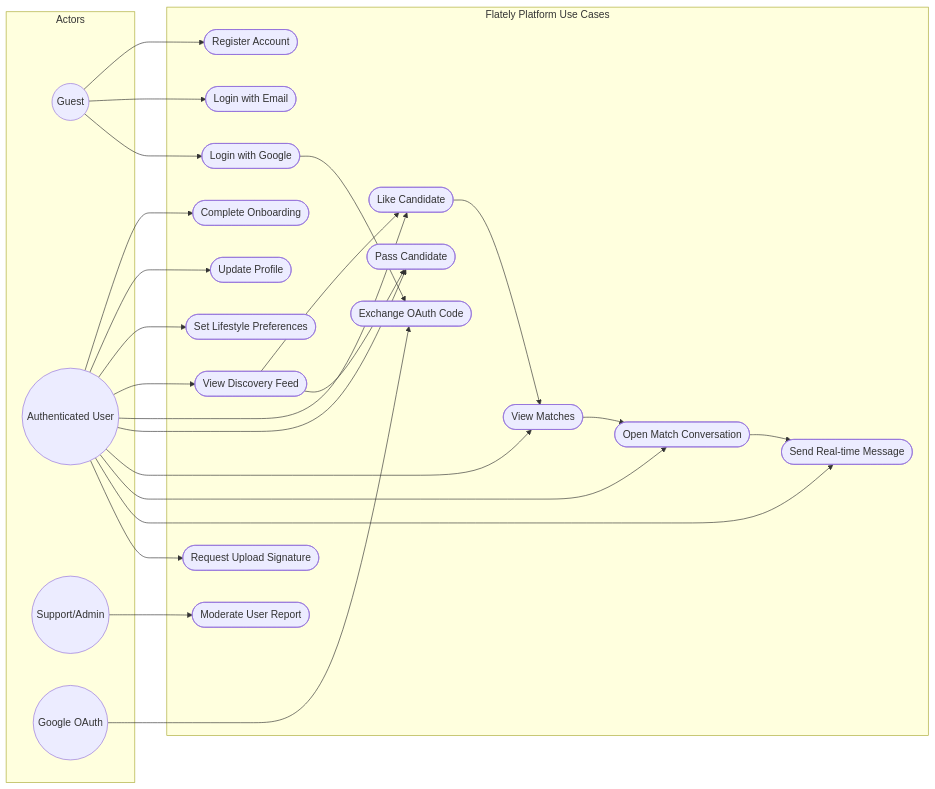
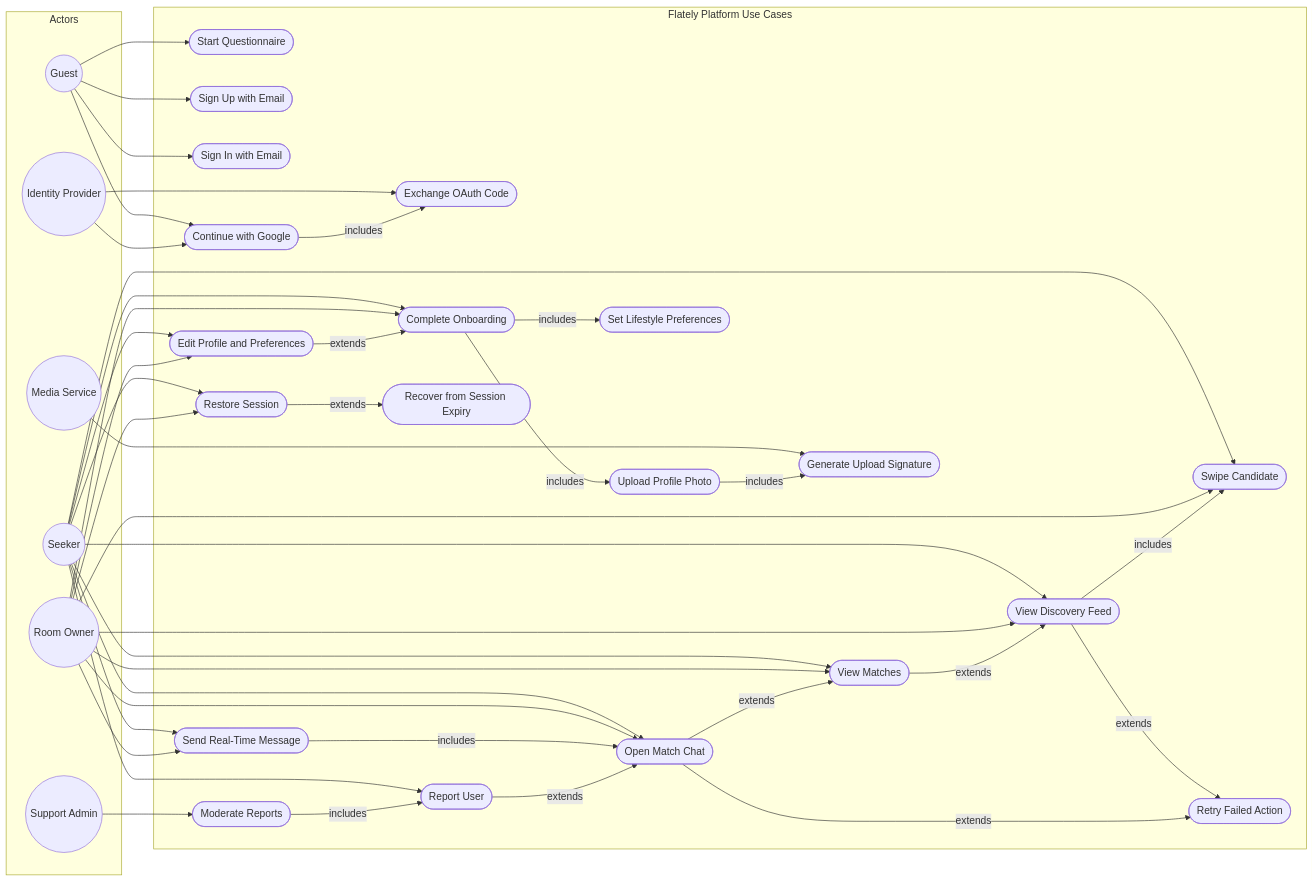
The diagram in diagrams/src/03-use-case-diagram.mmd (mitul-bhatia/Vibes), drawn with Mermaid before and after one commit. The commit also changed 7 other files, not shown here.

```diff
--- a/diagrams/src/03-use-case-diagram.mmd
+++ b/diagrams/src/03-use-case-diagram.mmd
@@ -1,50 +1,83 @@
 flowchart LR
   subgraph Actors
     Guest((Guest))
-    Member((Authenticated User))
-    Admin((Support/Admin))
-    Google((Google OAuth))
+    Seeker((Seeker))
+    RoomOwner((Room Owner))
+    SupportAdmin((Support Admin))
+    IdentityProvider((Identity Provider))
+    MediaService((Media Service))
   end
 
-  subgraph FlatelySystem[Flately Platform Use Cases]
-    UC1([Register Account])
-    UC2([Login with Email])
-    UC3([Login with Google])
-    UC4([Exchange OAuth Code])
-    UC5([Complete Onboarding])
-    UC6([Update Profile])
-    UC7([Set Lifestyle Preferences])
-    UC8([View Discovery Feed])
-    UC9([Like Candidate])
-    UC10([Pass Candidate])
-    UC11([View Matches])
-    UC12([Open Match Conversation])
-    UC13([Send Real-time Message])
-    UC14([Request Upload Signature])
-    UC15([Moderate User Report])
+  subgraph System[Flately Platform Use Cases]
+    UC1([Start Questionnaire])
+    UC2([Sign Up with Email])
+    UC3([Sign In with Email])
+    UC4([Continue with Google])
+    UC5([Exchange OAuth Code])
+    UC6([Restore Session])
+
+    UC7([Complete Onboarding])
+    UC8([Upload Profile Photo])
+    UC9([Set Lifestyle Preferences])
+    UC10([Edit Profile and Preferences])
+
+    UC11([View Discovery Feed])
+    UC12([Swipe Candidate])
+    UC13([View Matches])
+    UC14([Open Match Chat])
+    UC15([Send Real-Time Message])
+
+    UC16([Report User])
+    UC17([Moderate Reports])
+    UC18([Generate Upload Signature])
+
+    UC19([Recover from Session Expiry])
+    UC20([Retry Failed Action])
   end
 
   Guest --> UC1
   Guest --> UC2
   Guest --> UC3
-  Google --> UC4
+  Guest --> UC4
 
-  Member --> UC5
-  Member --> UC6
-  Member --> UC7
-  Member --> UC8
-  Member --> UC9
-  Member --> UC10
-  Member --> UC11
-  Member --> UC12
-  Member --> UC13
-  Member --> UC14
+  Seeker --> UC6
+  Seeker --> UC7
+  Seeker --> UC10
+  Seeker --> UC11
+  Seeker --> UC12
+  Seeker --> UC13
+  Seeker --> UC14
+  Seeker --> UC15
+  Seeker --> UC16
 
-  Admin --> UC15
+  RoomOwner --> UC6
+  RoomOwner --> UC7
+  RoomOwner --> UC10
+  RoomOwner --> UC11
+  RoomOwner --> UC12
+  RoomOwner --> UC13
+  RoomOwner --> UC14
+  RoomOwner --> UC15
 
-  UC3 --> UC4
-  UC8 --> UC9
-  UC8 --> UC10
-  UC9 --> UC11
-  UC11 --> UC12
-  UC12 --> UC13
+  SupportAdmin --> UC17
+  IdentityProvider --> UC4
+  IdentityProvider --> UC5
+  MediaService --> UC18
+
+  UC4 -->|includes| UC5
+  UC7 -->|includes| UC8
+  UC7 -->|includes| UC9
+  UC8 -->|includes| UC18
+
+  UC11 -->|includes| UC12
+  UC13 -->|extends| UC11
+  UC14 -->|extends| UC13
+  UC15 -->|includes| UC14
+
+  UC10 -->|extends| UC7
+  UC16 -->|extends| UC14
+  UC17 -->|includes| UC16
+
+  UC6 -->|extends| UC19
+  UC11 -->|extends| UC20
+  UC14 -->|extends| UC20
```
